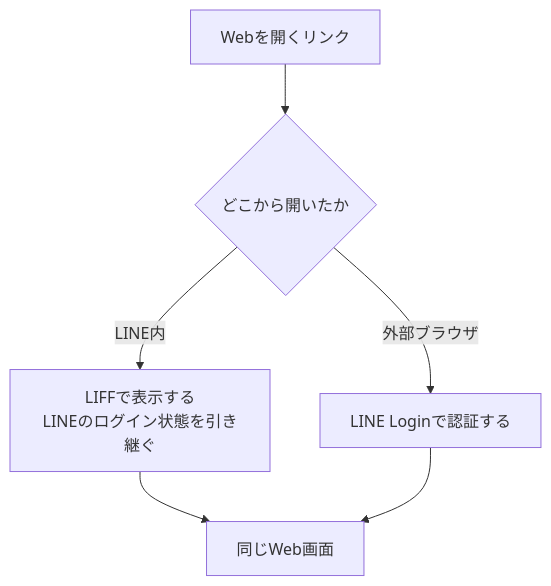
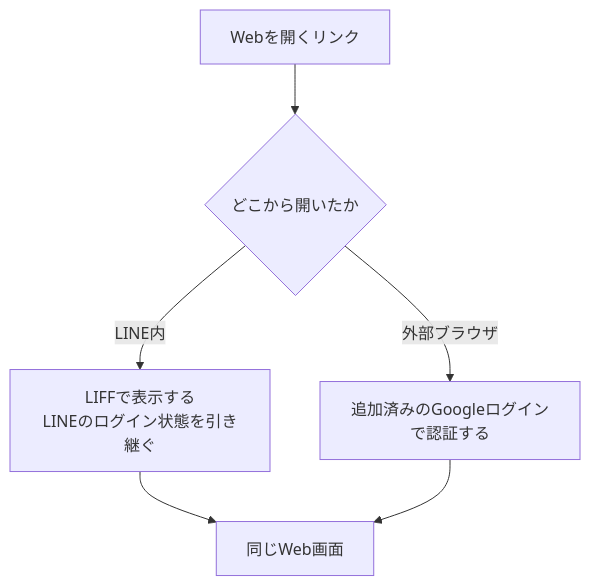
Before and after one commit to kkyosuke/me-builder: the third of 4 diagrams in docs/product/project-overview.md, drawn with Mermaid. The commit also changed other lines of this file and 66 other files, not shown here.

````diff
--- a/docs/product/project-overview.md
+++ b/docs/product/project-overview.md
@@ -151,8 +151,8 @@
 ```mermaid
 flowchart TD
     K[Webを開くリンク] --> J{どこから開いたか}
     J -->|LINE内| F[LIFFで表示する<br/>LINEのログイン状態を引き継ぐ]
-    J -->|外部ブラウザ| B[LINE Loginで認証する]
+    J -->|外部ブラウザ| B[追加済みのGoogleログインで認証する]
     F --> S[同じWeb画面]
     B --> S
 ```
````
